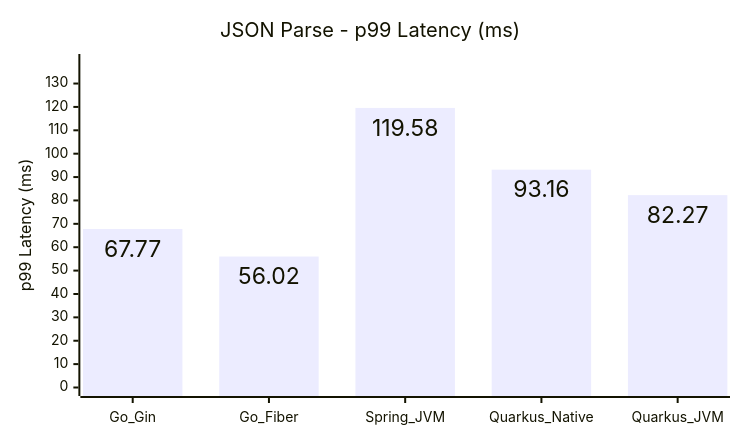
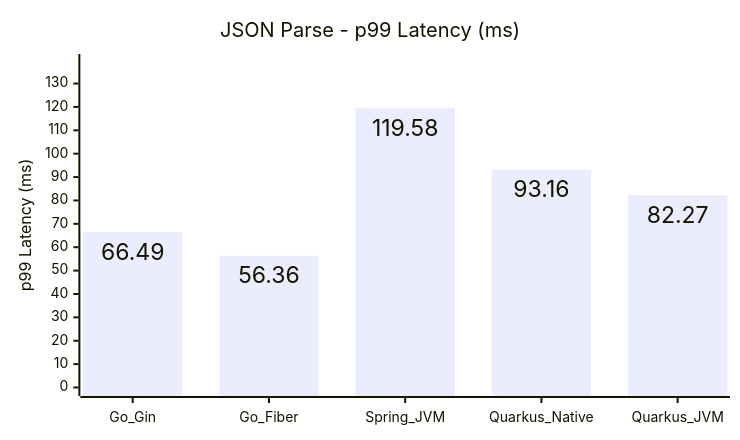
Before and after one commit to hiiamtin/go-vs-java: the eighth of 15 diagrams in COMPARISON_REPORT.md, drawn with Mermaid. The commit also changed other lines of this file and 58 other files, not shown here.

````diff
--- a/COMPARISON_REPORT.md
+++ b/COMPARISON_REPORT.md
@@ -155,14 +155,14 @@
 ```mermaid
 ---
 config:
   xyChart:
     width: 720
     height: 420
     showDataLabel: true
 ---
 xychart
     title "JSON Parse - p99 Latency (ms)"
     x-axis [Go_Gin, Go_Fiber, Spring_JVM, Quarkus_Native, Quarkus_JVM]
     y-axis "p99 Latency (ms)" 0 --> 139
-    bar [67.77, 56.02, 119.58, 93.16, 82.27]
+    bar [66.49, 56.36, 119.58, 93.16, 82.27]
 ```
````
